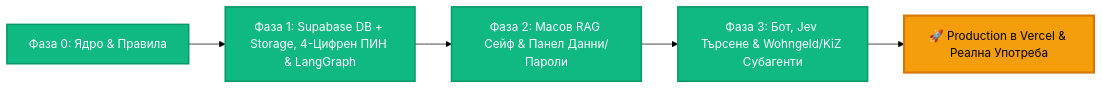
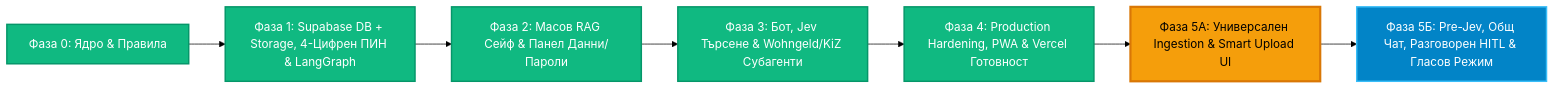
The diagram in ROADMAP.md (Krasimir-Hristov/KRONOS), drawn with Mermaid (forest theme) before and after one commit. The commit also changed other lines of this file, not shown here.

Commit message:
docs: update project roadmap in ROADMAP.md

````diff
--- a/ROADMAP.md
+++ b/ROADMAP.md
@@ -9,13 +9,17 @@
 ```mermaid
 flowchart LR
     P0["Фаза 0: Ядро & Правила"] --> P1["Фаза 1: Supabase DB + Storage, 4-Цифрен ПИН & LangGraph"]
     P1 --> P2["Фаза 2: Масов RAG Сейф & Панел Данни/Пароли"]
     P2 --> P3["Фаза 3: Бот, Jev Търсене & Wohngeld/KiZ Субагенти"]
-    P3 --> PROD["🚀 Production в Vercel & Реална Употреба"]
+    P3 --> P4["Фаза 4: Production Hardening, PWA & Vercel Готовност"]
+    P4 --> P5A["Фаза 5А: Универсален Ingestion & Smart Upload UI"]
+    P5A --> P5B["Фаза 5Б: Pre-Jev, Общ Чат, Разговорен HITL & Гласов Режим"]
 
     style P0 fill:#10b981,stroke:#059669,stroke-width:2px,color:#ffffff
     style P1 fill:#10b981,stroke:#059669,stroke-width:2px,color:#ffffff
     style P2 fill:#10b981,stroke:#059669,stroke-width:2px,color:#ffffff
     style P3 fill:#10b981,stroke:#059669,stroke-width:2px,color:#ffffff
-    style PROD fill:#f59e0b,stroke:#d97706,stroke-width:3px,color:#000000
+    style P4 fill:#10b981,stroke:#059669,stroke-width:2px,color:#ffffff
+    style P5A fill:#f59e0b,stroke:#d97706,stroke-width:3px,color:#000000
+    style P5B fill:#0284c7,stroke:#38bdf8,stroke-width:2px,color:#ffffff
 ```
````
